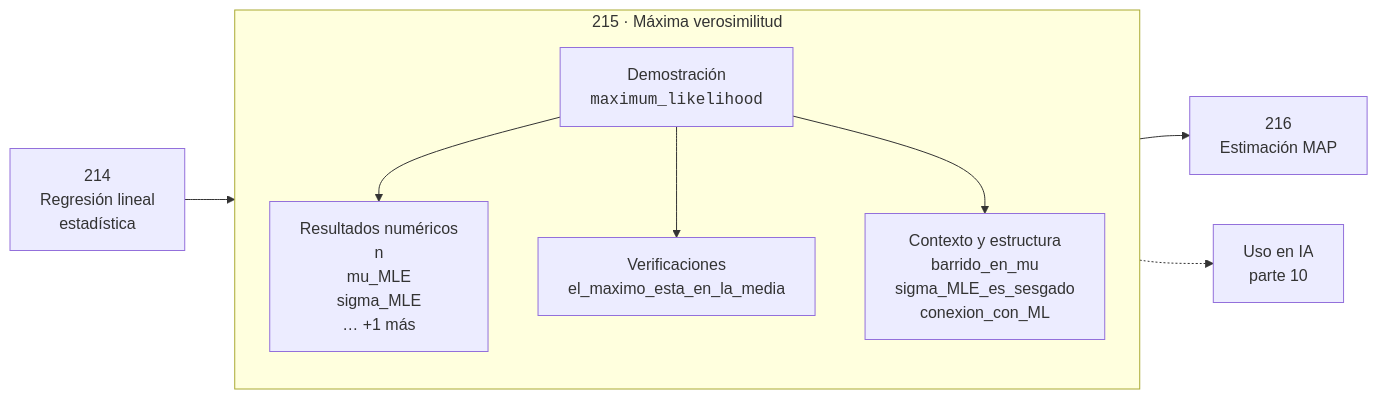
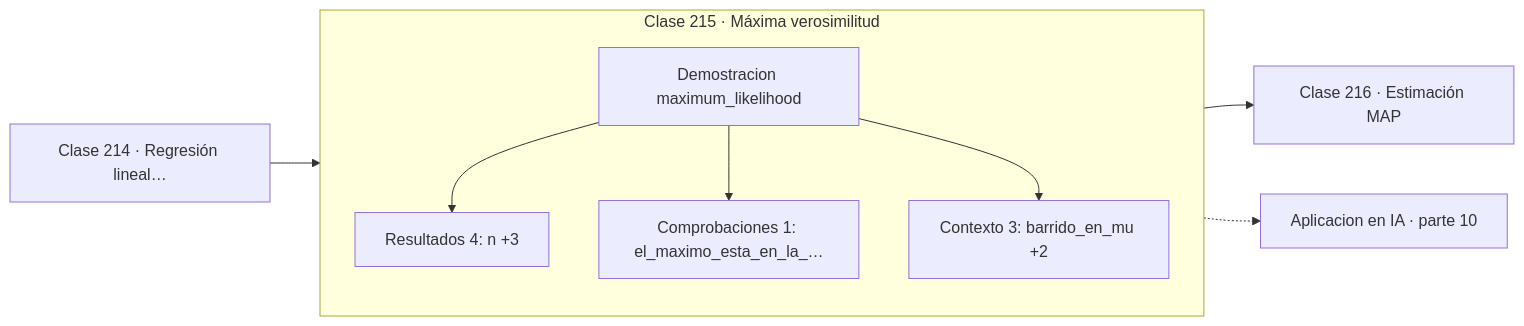
One commit to vladimiracunadev-create/computational-mathematics-program changed the diagram in classes/part-10-estadistica-e-inferencia/215-maxima-verosimilitud/README.md. Above: the diagram before and after it, drawn with Mermaid. The commit also changed 389 other files, not shown here.

First line of the commit message:
fix(diagramas): elimina el HTML de las etiquetas Mermaid

````diff
--- a/classes/part-10-estadistica-e-inferencia/215-maxima-verosimilitud/README.md
+++ b/classes/part-10-estadistica-e-inferencia/215-maxima-verosimilitud/README.md
@@ -30,12 +30,13 @@
 ```mermaid
 flowchart LR
-    P["214<br/>Regresión lineal<br/>estadística"] --> C
-    subgraph C["215 · Máxima verosimilitud"]
+    P["Clase 214 · Regresión lineal…"] --> D
+    subgraph CLASE["Clase 215 · Máxima verosimilitud"]
         direction TB
-        D["Demostración<br/><code>maximum_likelihood</code>"] --> R["Resultados numéricos<br/>n<br/>mu_MLE<br/>sigma_MLE<br/>… +1 más"]
-        D --> V["Verificaciones<br/>el_maximo_esta_en_la_media"]
-        D --> O["Contexto y estructura<br/>barrido_en_mu<br/>sigma_MLE_es_sesgado<br/>conexion_con_ML"]
+        D["Demostracion maximum_likelihood"]
+        D --> R["Resultados 4: n +3"]
+        D --> V["Comprobaciones 1: el_maximo_esta_en_la_…"]
+        D --> O["Contexto 3: barrido_en_mu +2"]
     end
-    C --> N["216<br/>Estimación MAP"]
-    C -.-> IA["Uso en IA<br/>parte 10"]
+    R --> N["Clase 216 · Estimación MAP"]
+    V -.-> IA["Aplicacion en IA · parte 10"]
 ```
````
